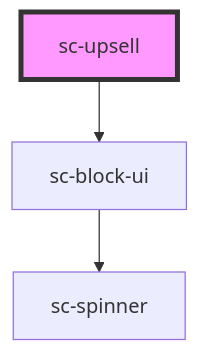
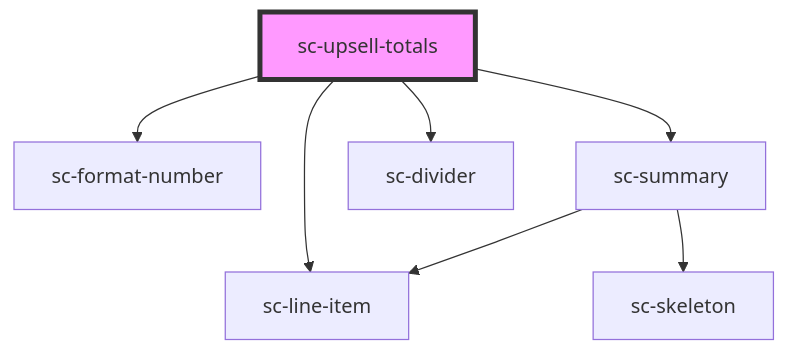
One commit to surecart/surecart-wp-plugin changed the diagram in packages/components/src/components/controllers/upsell/sc-upsell-totals/readme.md. Above: the diagram before and after it, drawn with Mermaid. The commit also changed other lines of this file and 29 other files, not shown here.

````diff
--- a/packages/components/src/components/controllers/upsell/sc-upsell-totals/readme.md
+++ b/packages/components/src/components/controllers/upsell/sc-upsell-totals/readme.md
@@ -15,6 +18,10 @@
 ```mermaid
 graph TD;
-  sc-upsell --> sc-block-ui
-  sc-block-ui --> sc-spinner
-  style sc-upsell fill:#f9f,stroke:#333,stroke-width:4px
+  sc-upsell-totals --> sc-format-number
+  sc-upsell-totals --> sc-summary
+  sc-upsell-totals --> sc-divider
+  sc-upsell-totals --> sc-line-item
+  sc-summary --> sc-line-item
+  sc-summary --> sc-skeleton
+  style sc-upsell-totals fill:#f9f,stroke:#333,stroke-width:4px
 ```
````
